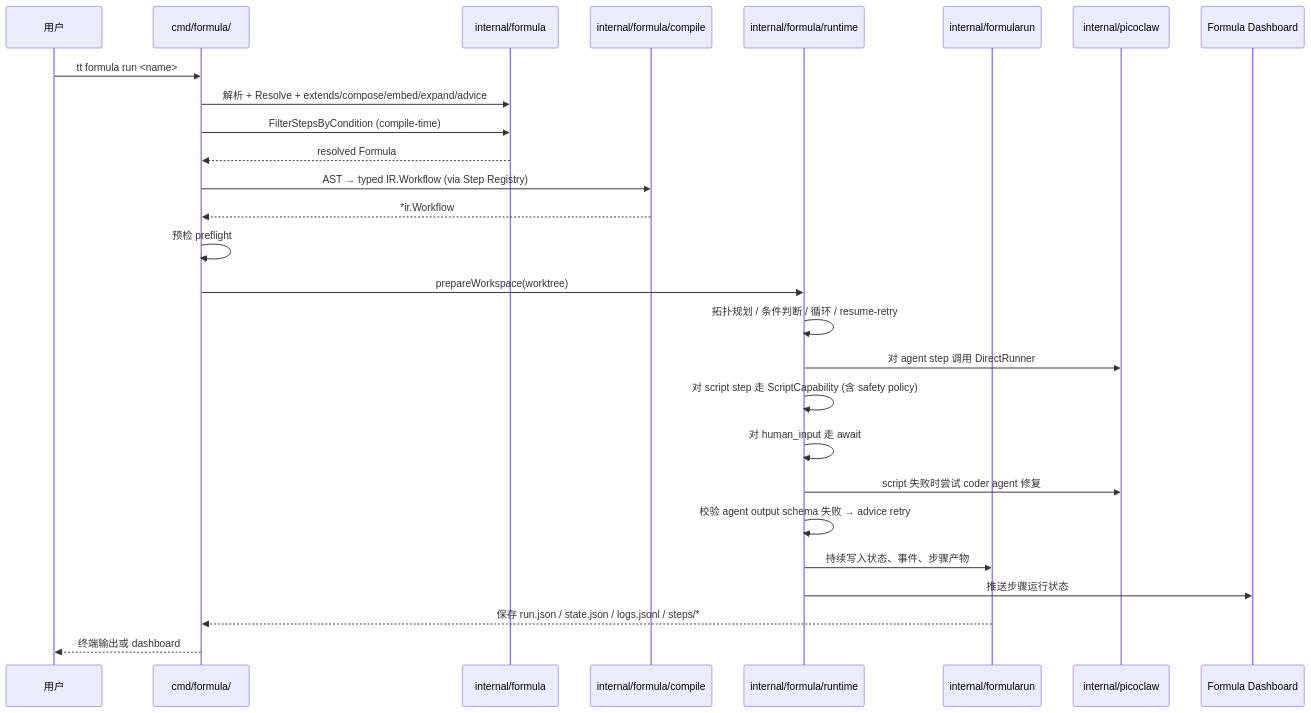
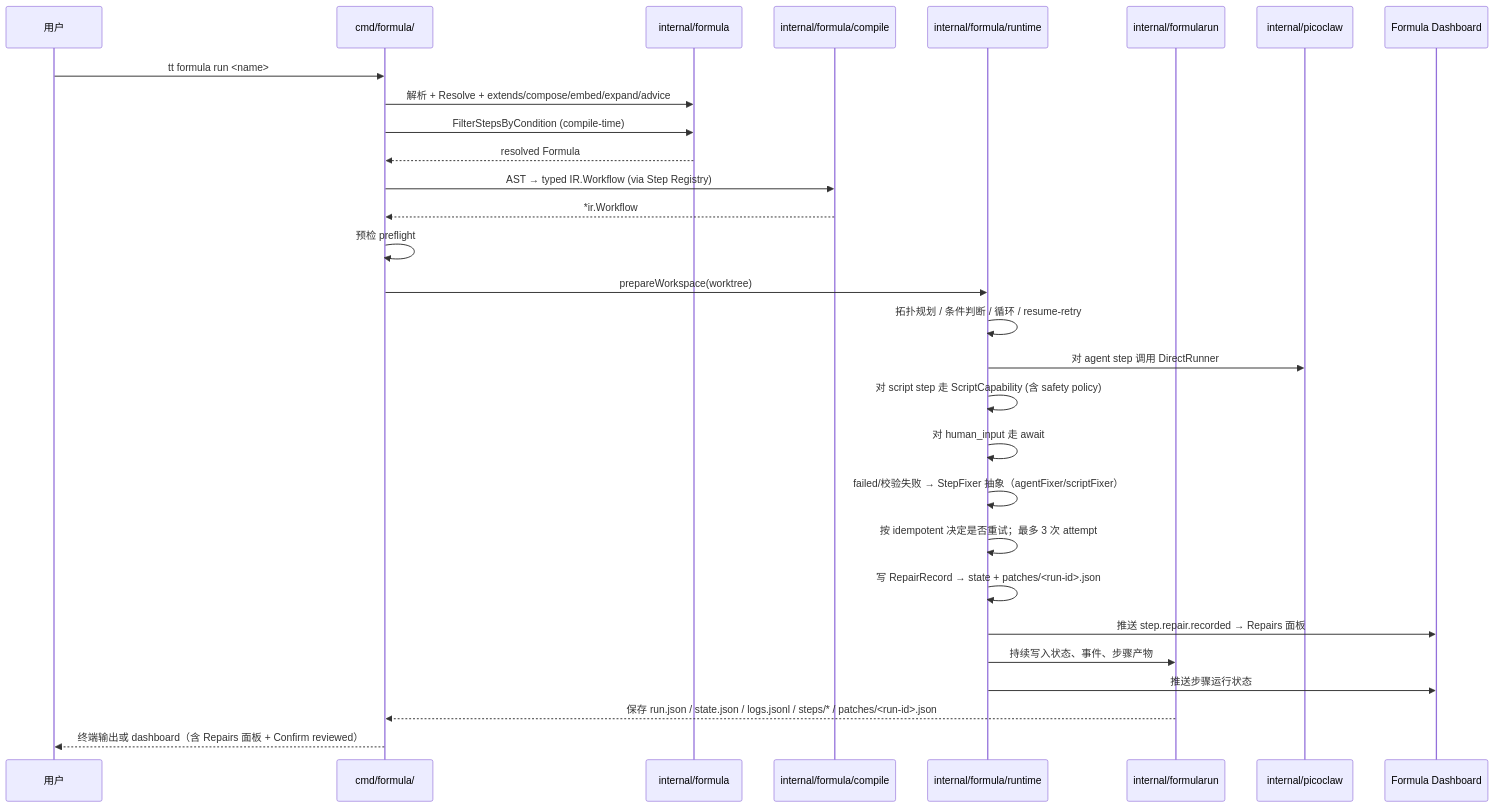
Before and after one commit to sjzsdu/tt: the fourth of 7 diagrams in ai-docs/architecture.md, drawn with Mermaid. The commit also changed other lines of this file and 10 other files, not shown here.

````diff
--- a/ai-docs/architecture.md
+++ b/ai-docs/architecture.md
@@ -94,30 +94,32 @@
 ```mermaid
 sequenceDiagram
     participant User as 用户
     participant Cmd as cmd/formula/
     participant Parser as internal/formula
     participant Compile as internal/formula/compile
     participant Exec as internal/formula/runtime
     participant Store as internal/formularun
     participant PC as internal/picoclaw
     participant Dash as Formula Dashboard
 
     User->>Cmd: tt formula run <name>
     Cmd->>Parser: 解析 + Resolve + extends/compose/embed/expand/advice
     Cmd->>Parser: FilterStepsByCondition (compile-time)
     Parser-->>Cmd: resolved Formula
     Cmd->>Compile: AST → typed IR.Workflow (via Step Registry)
     Compile-->>Cmd: *ir.Workflow
     Cmd->>Cmd: 预检 preflight
     Cmd->>Exec: prepareWorkspace(worktree)
     Exec->>Exec: 拓扑规划 / 条件判断 / 循环 / resume-retry
     Exec->>PC: 对 agent step 调用 DirectRunner
     Exec->>Exec: 对 script step 走 ScriptCapability (含 safety policy)
     Exec->>Exec: 对 human_input 走 await
-    Exec->>PC: script 失败时尝试 coder agent 修复
-    Exec->>Exec: 校验 agent output schema 失败 → advice retry
+    Exec->>Exec: failed/校验失败 → StepFixer 抽象（agentFixer/scriptFixer）
+    Exec->>Exec:  按 idempotent 决定是否重试；最多 3 次 attempt
+    Exec->>Exec:  写 RepairRecord → state + patches/<run-id>.json
+    Exec->>Dash: 推送 step.repair.recorded → Repairs 面板
     Exec->>Store: 持续写入状态、事件、步骤产物
     Exec->>Dash: 推送步骤运行状态
-    Store-->>Cmd: 保存 run.json / state.json / logs.jsonl / steps/*
-    Cmd-->>User: 终端输出或 dashboard
+    Store-->>Cmd: 保存 run.json / state.json / logs.jsonl / steps/* / patches/<run-id>.json
+    Cmd-->>User: 终端输出或 dashboard（含 Repairs 面板 + Confirm reviewed）
 ```
````
